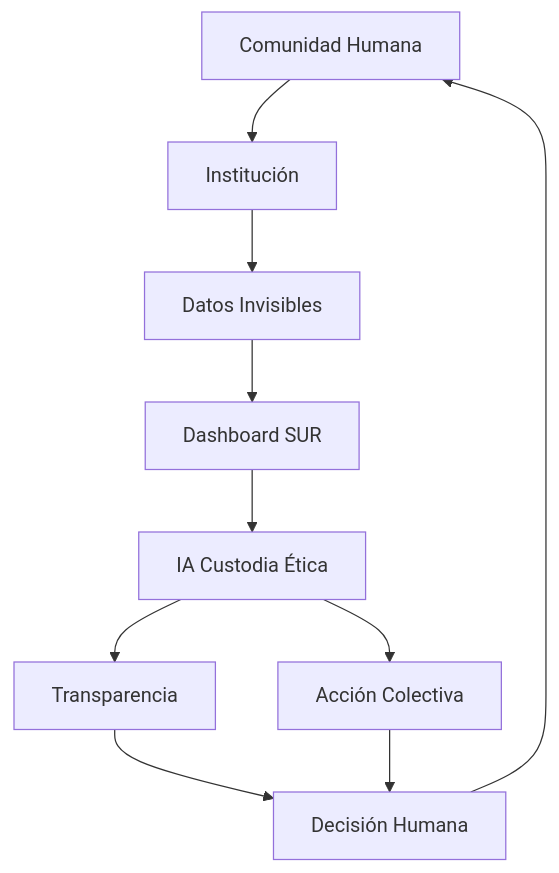
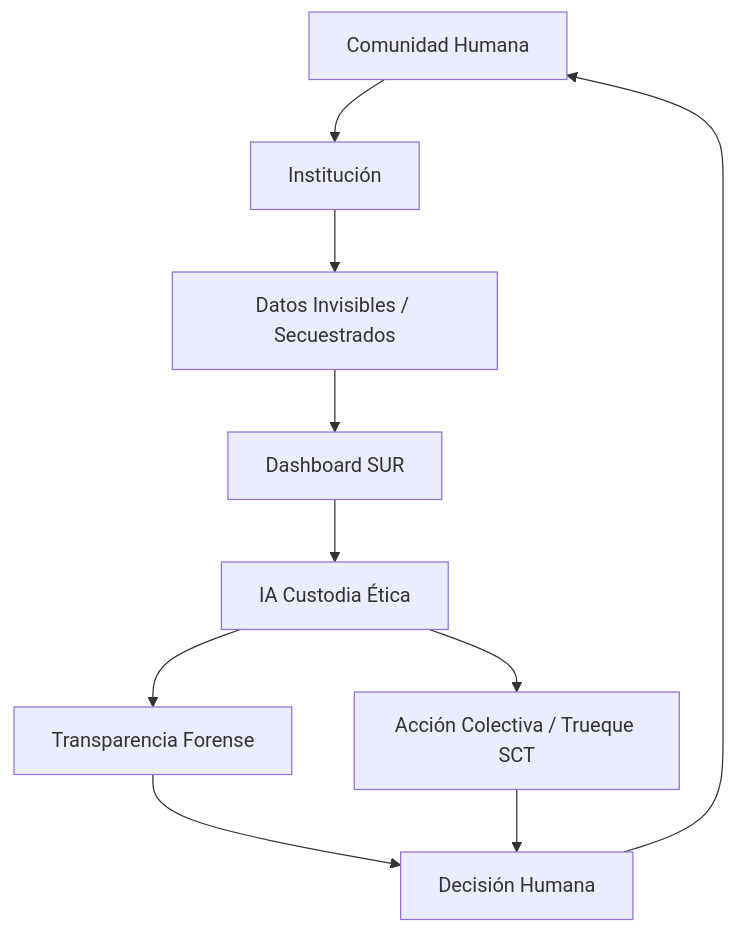
Before and after one commit to TIANHH77/Sur-DAO: the diagram in README.md, drawn with Mermaid. The commit also changed other lines of this file and 67 other files, not shown here.

````diff
--- a/README.md
+++ b/README.md
@@ -96,14 +21,14 @@
 ```mermaid
 graph TD
     A[Comunidad Humana] --> B[Institución]
-    B --> C[Datos Invisibles]
+    B --> C[Datos Invisibles / Secuestrados]
     C --> D[Dashboard SUR]
 
     D --> E[IA Custodia Ética]
-    E --> F[Transparencia]
-    E --> G[Acción Colectiva]
+    E --> F[Transparencia Forense]
+    E --> G[Acción Colectiva / Trueque SCT]
 
     F --> H[Decisión Humana]
     G --> H
-    H --> A
+    H --> A 
 ```
````
